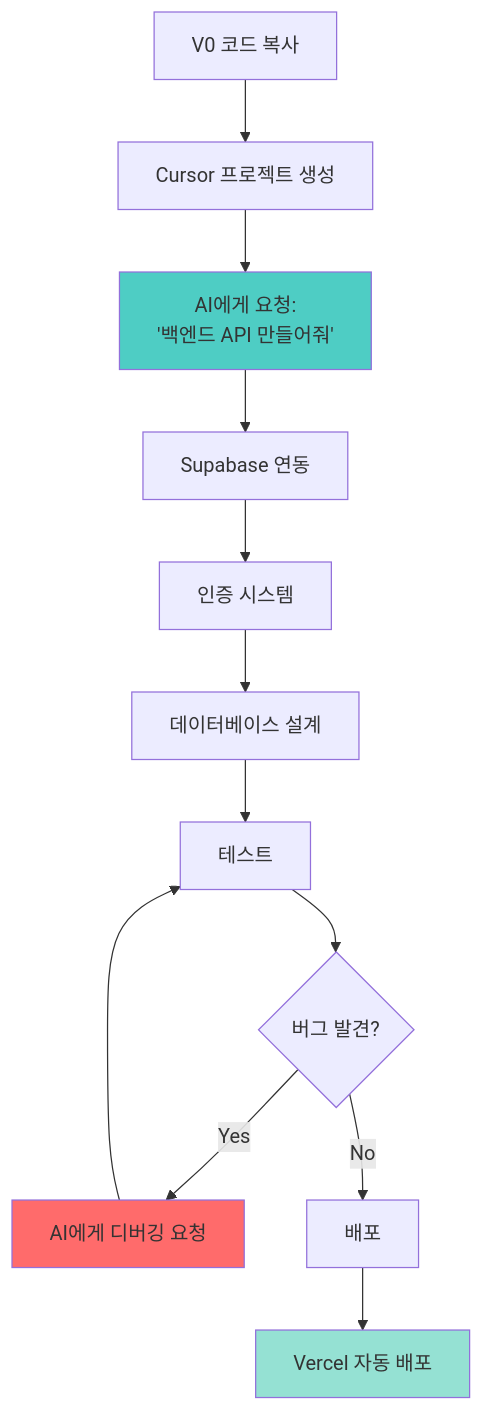
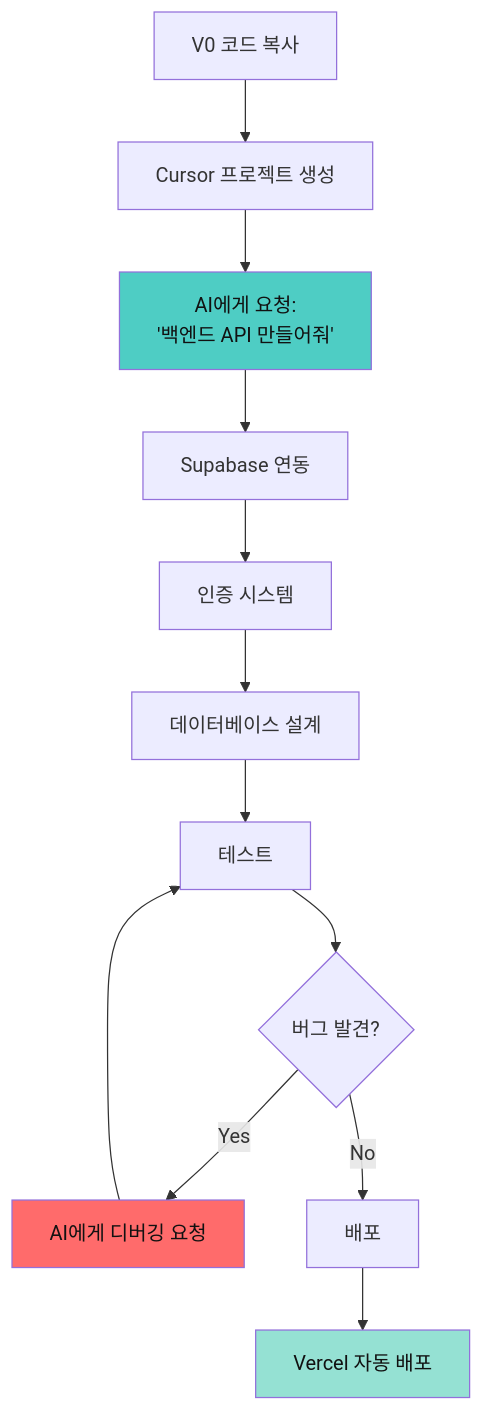
Before and after one commit to Collegenie-X/AI-Vive-Coding: diagram 12 of 31 in Docs/AI교육_가상환경_비즈니스_중심_프로그램.md, drawn with Mermaid. The commit also changed other lines of this file, not shown here.

````diff
--- a/Docs/AI교육_가상환경_비즈니스_중심_프로그램.md
+++ b/Docs/AI교육_가상환경_비즈니스_중심_프로그램.md
@@ -487,22 +487,22 @@
 ```mermaid
 graph TD
     Start[V0 코드 복사] --> Cursor[Cursor 프로젝트 생성]
     
     Cursor --> C1[AI에게 요청:<br/>'백엔드 API 만들어줘']
     C1 --> C2[Supabase 연동]
     C2 --> C3[인증 시스템]
     C3 --> C4[데이터베이스 설계]
     
     C4 --> Test[테스트]
     Test --> Bug{버그 발견?}
     
     Bug -->|Yes| Debug[AI에게 디버깅 요청]
     Debug --> Test
     
     Bug -->|No| Deploy[배포]
     Deploy --> Vercel[Vercel 자동 배포]
     
-    style C1 fill:#4ecdc4
-    style Debug fill:#ff6b6b
-    style Vercel fill:#95e1d3
+    style C1 fill:#4ecdc4,color:#111
+    style Debug fill:#ff6b6b,color:#111
+    style Vercel fill:#95e1d3,color:#111
 ```
````
